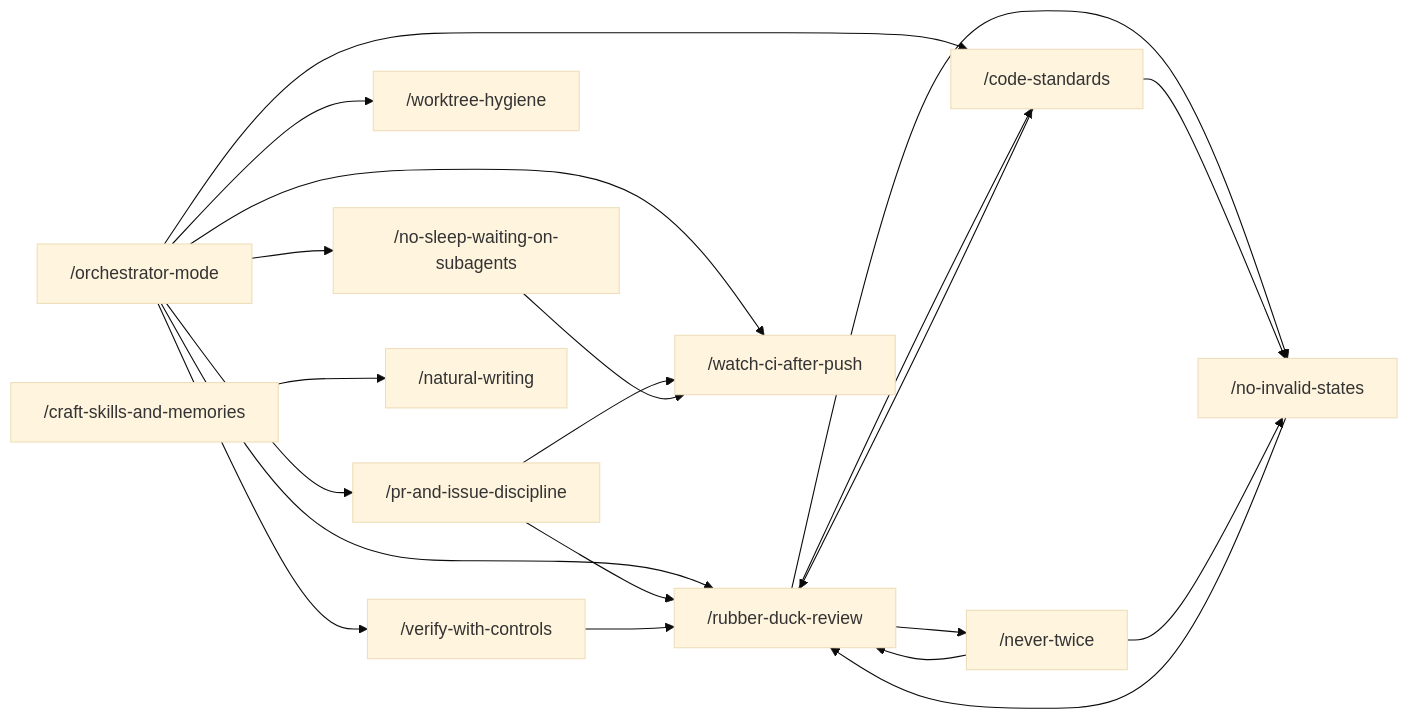
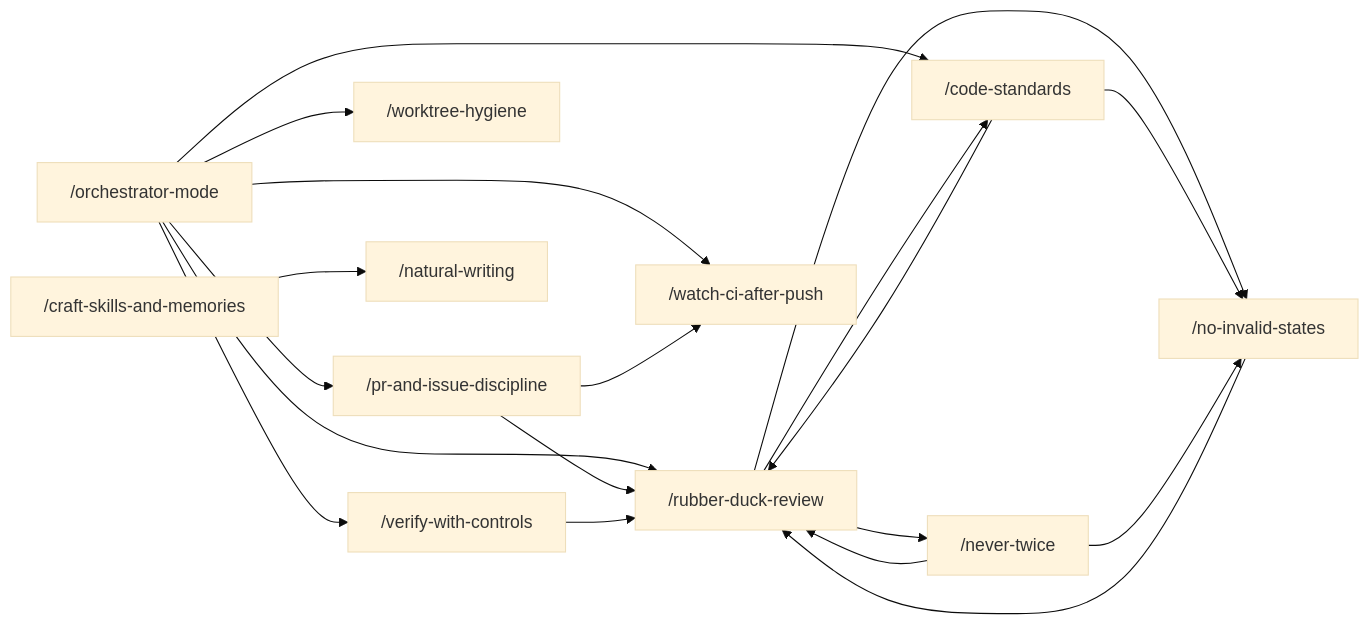
One commit to Vivswan/skills changed the diagram in README.md. Above: the diagram before and after it, drawn with Mermaid (base theme). The commit also changed other lines of this file and 9 other files, not shown here.

First line of the commit message:
fix: retire no-sleep-waiting-on-subagents, state the rule inline in orchestrator-mode (#74)

````diff
--- a/README.md
+++ b/README.md
@@ -37,23 +36,21 @@
 ```mermaid
 graph LR
   om["/orchestrator-mode"] --> rdr["/rubber-duck-review"]
   om --> wca["/watch-ci-after-push"]
   om --> cs["/code-standards"]
   om --> pid["/pr-and-issue-discipline"]
   om --> wh["/worktree-hygiene"]
   pid --> wca
   pid --> rdr
   cs --> rdr
   rdr --> cs
   rdr --> nis["/no-invalid-states"]
   rdr --> nt
   nis --> rdr
   cs --> nis
   nt["/never-twice"] --> rdr
   nt --> nis
   om --> vwc["/verify-with-controls"]
   vwc --> rdr
-  om --> nsw["/no-sleep-waiting-on-subagents"]
-  nsw --> wca
   csm["/craft-skills-and-memories"] --> nw["/natural-writing"]
 ```
````
